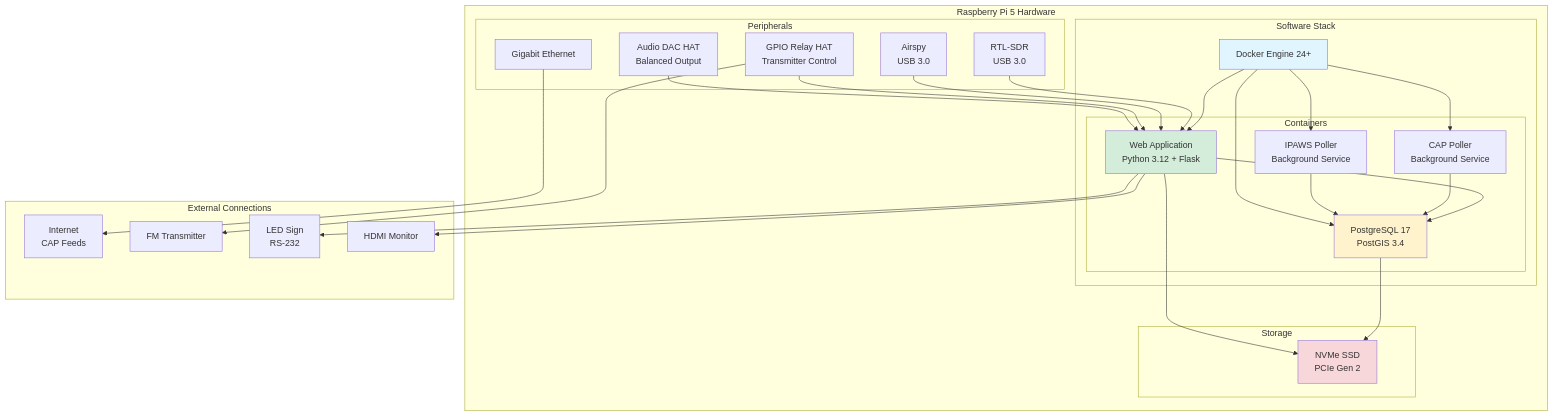
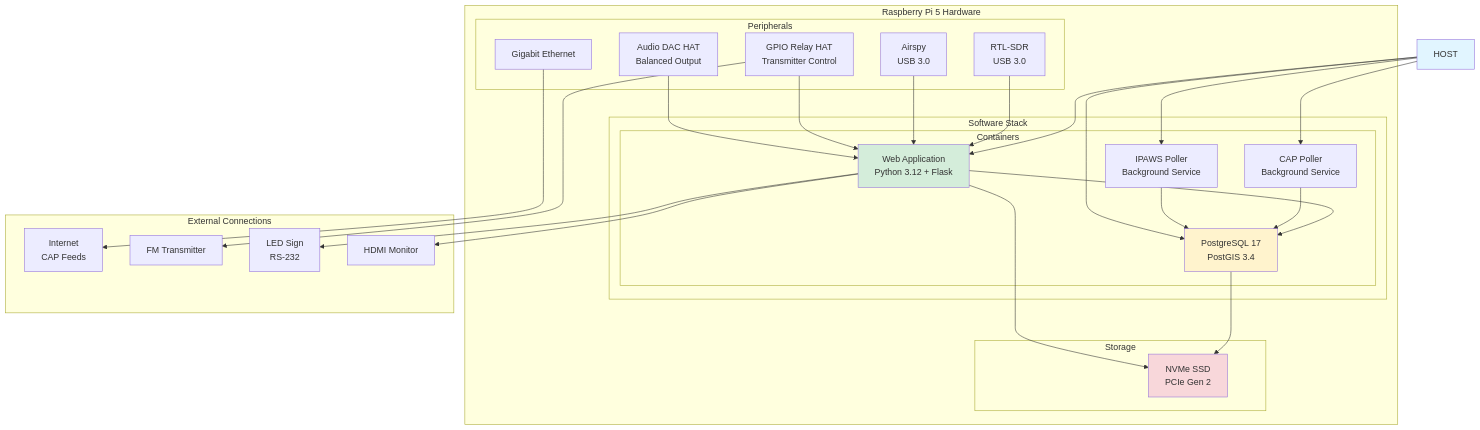
Diagram 20 of 21 in docs/architecture/SYSTEM_ARCHITECTURE.md (chelstein/eas-station), drawn with Mermaid before and after one commit. The commit also changed other lines of this file and 71 other files, not shown here.

Commit message:
Remove all Docker references from documentation, charts, and SVG files

````diff
--- a/docs/architecture/SYSTEM_ARCHITECTURE.md
+++ b/docs/architecture/SYSTEM_ARCHITECTURE.md
@@ -1022,59 +1020,58 @@
 ```mermaid
 graph TB
     subgraph "Raspberry Pi 5 Hardware"
         subgraph "Software Stack"
-            HOST[Docker Engine 24+]
             subgraph "Containers"
                 APP_C[Web Application<br>Python 3.12 + Flask]
                 POLL_C[CAP Poller<br>Background Service]
                 IPAWS_C[IPAWS Poller<br>Background Service]
                 DB_C[PostgreSQL 17<br>PostGIS 3.4]
             end
         end
 
         subgraph "Peripherals"
             SDR1[RTL-SDR<br>USB 3.0]
             SDR2[Airspy<br>USB 3.0]
             GPIO_HAT[GPIO Relay HAT<br>Transmitter Control]
             AUDIO_HAT[Audio DAC HAT<br>Balanced Output]
             ETH[Gigabit Ethernet]
         end
 
         subgraph "Storage"
             NVME[NVMe SSD<br>PCIe Gen 2]
         end
     end
 
     subgraph "External Connections"
         INTERNET[Internet<br>CAP Feeds]
         TX_EXT[FM Transmitter]
         LED_EXT[LED Sign<br>RS-232]
         MONITOR[HDMI Monitor]
     end
 
     APP_C --> DB_C
     POLL_C --> DB_C
     IPAWS_C --> DB_C
 
     HOST --> APP_C
     HOST --> POLL_C
     HOST --> IPAWS_C
     HOST --> DB_C
 
     DB_C --> NVME
     APP_C --> NVME
 
     SDR1 --> APP_C
     SDR2 --> APP_C
     GPIO_HAT --> APP_C
     AUDIO_HAT --> APP_C
     ETH --> INTERNET
     GPIO_HAT --> TX_EXT
     APP_C --> LED_EXT
     APP_C --> MONITOR
 
     style HOST fill:#e1f5ff
     style APP_C fill:#d4edda
     style DB_C fill:#fff3cd
     style NVME fill:#f8d7da
 ```
````
